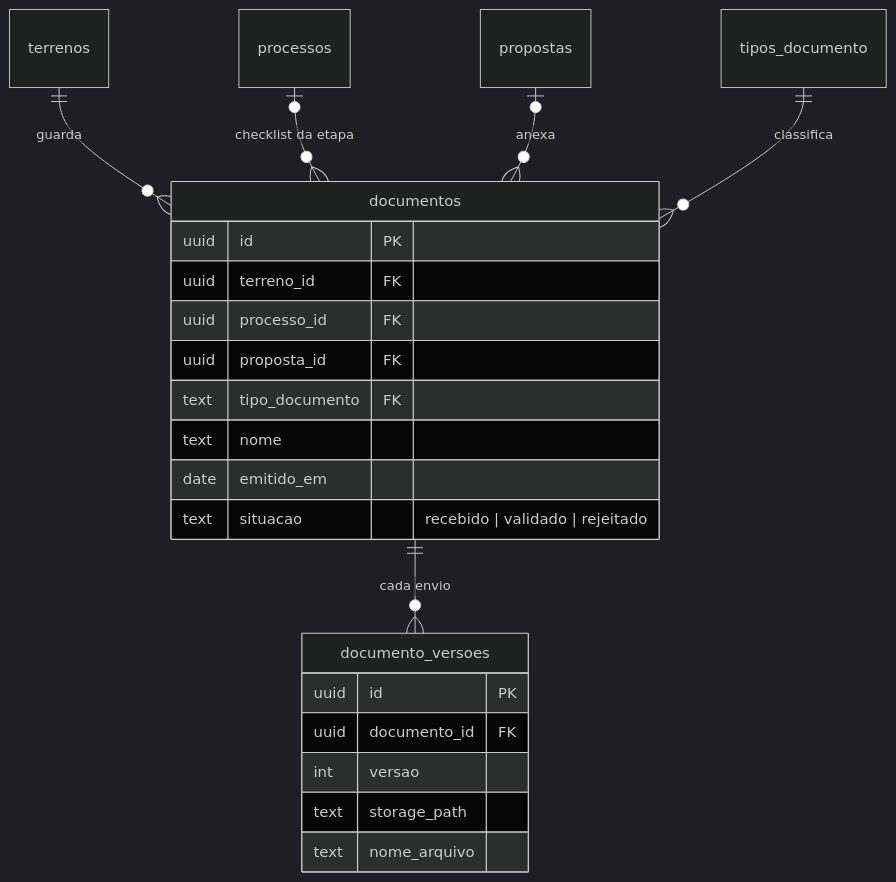
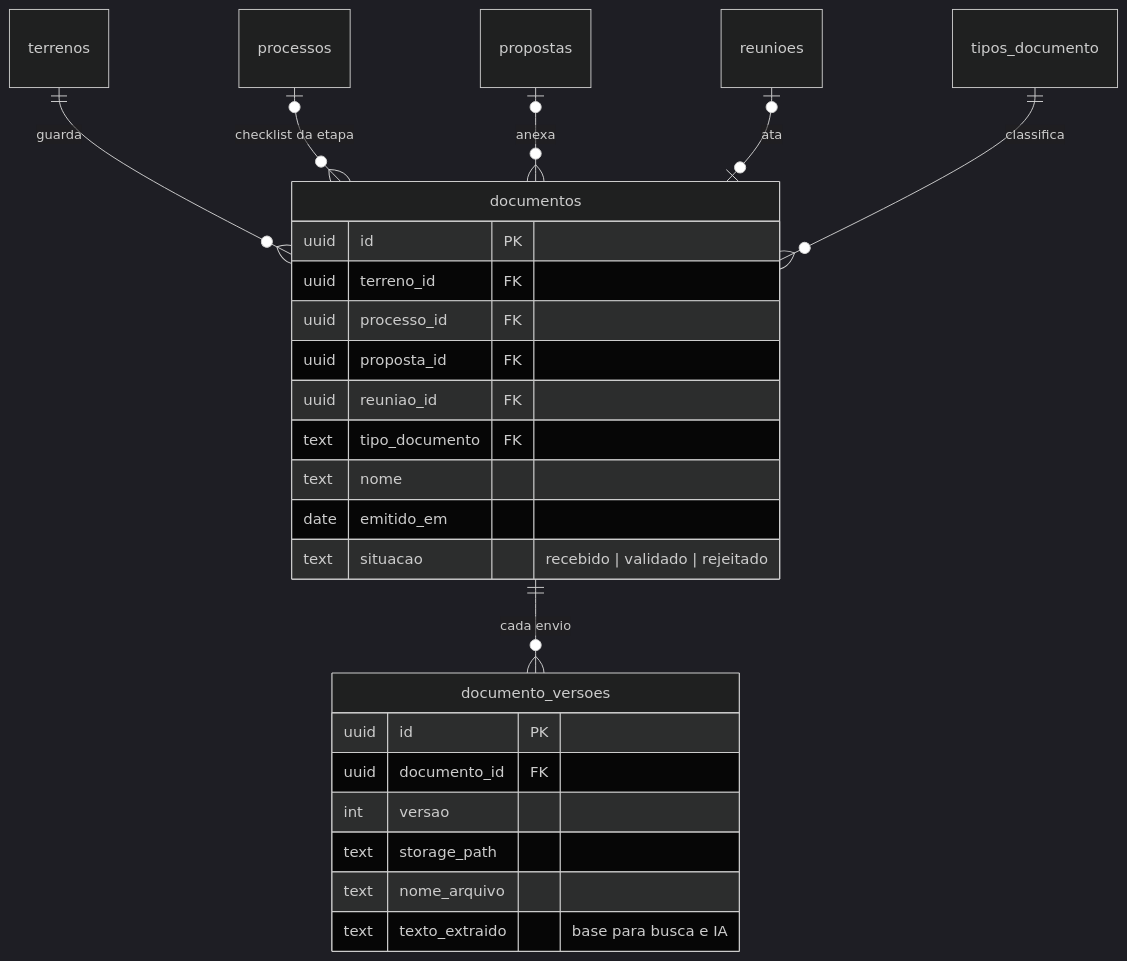
Before and after one commit to Mbekerman/bkm_terrenos-claude: the third of 3 diagrams in docs/modelo.md, drawn with Mermaid (dark theme). The commit also changed other lines of this file and 17 other files, not shown here.

````diff
--- a/docs/modelo.md
+++ b/docs/modelo.md
@@ -224,25 +258,28 @@
 ```mermaid
 erDiagram
   terrenos ||--o{ documentos : guarda
   processos |o--o{ documentos : "checklist da etapa"
   propostas |o--o{ documentos : anexa
+  reunioes |o--o| documentos : "ata"
   tipos_documento ||--o{ documentos : classifica
   documentos ||--o{ documento_versoes : "cada envio"
   documentos {
     uuid id PK
     uuid terreno_id FK
     uuid processo_id FK
     uuid proposta_id FK
+    uuid reuniao_id FK
     text tipo_documento FK
     text nome
     date emitido_em
     text situacao "recebido | validado | rejeitado"
   }
   documento_versoes {
     uuid id PK
     uuid documento_id FK
     int versao
     text storage_path
     text nome_arquivo
+    text texto_extraido "base para busca e IA"
   }
 ```
````
